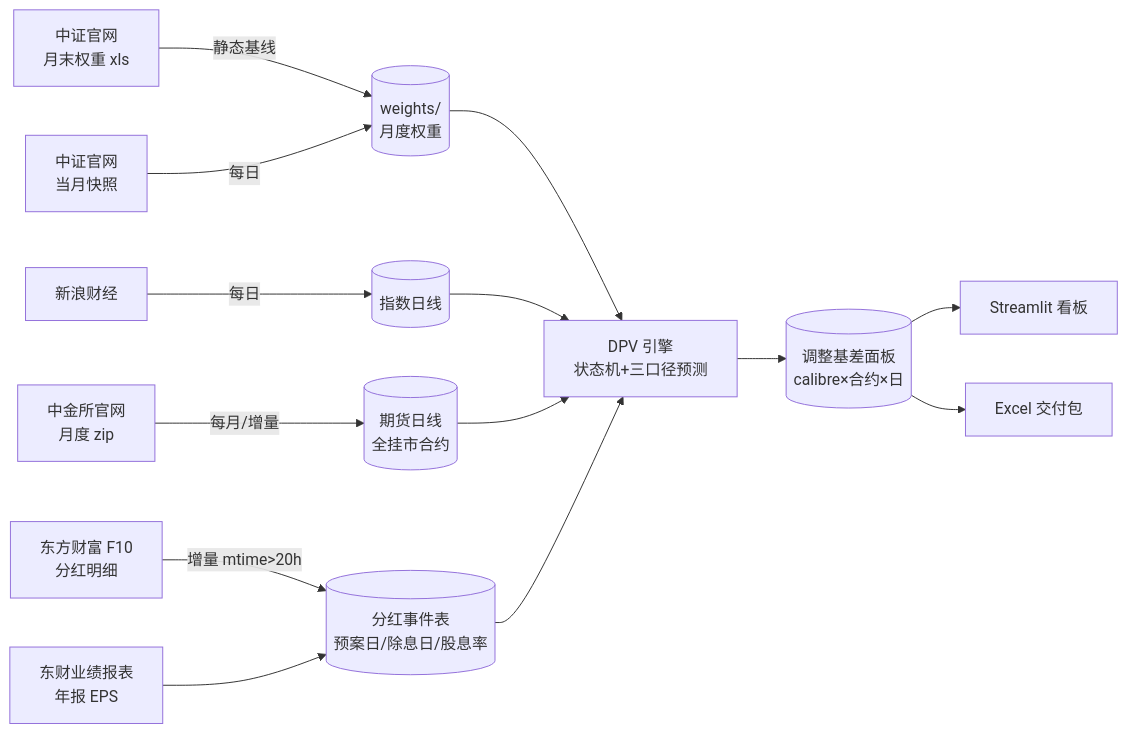
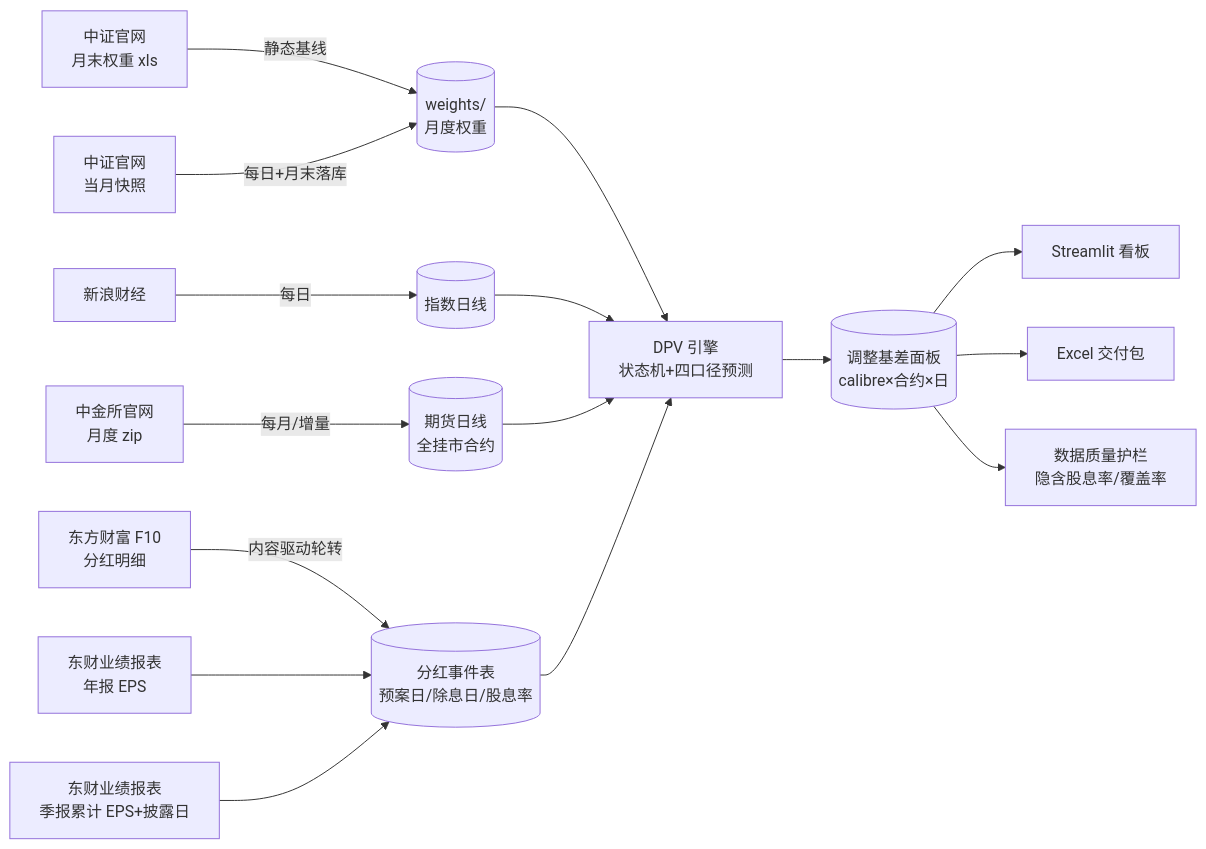
Before and after one commit to iniestao/index-futures-basis: the first of 2 diagrams in docs/METHODOLOGY.md, drawn with Mermaid. The commit also changed other lines of this file and 20 other files, not shown here.

````diff
--- a/docs/METHODOLOGY.md
+++ b/docs/METHODOLOGY.md
@@ -29,13 +29,15 @@
 ```mermaid
 flowchart LR
     A[中证官网<br>月末权重 xls] -->|静态基线| W[(weights/<br>月度权重)]
-    A2[中证官网<br>当月快照] -->|每日| W
+    A2[中证官网<br>当月快照] -->|每日+月末落库| W
     B[新浪财经] -->|每日| I[(指数日线)]
     C[中金所官网<br>月度 zip] -->|每月/增量| F[(期货日线<br>全挂市合约)]
-    D[东方财富 F10<br>分红明细] -->|增量 mtime>20h| E[(分红事件表<br>预案日/除息日/股息率)]
+    D[东方财富 F10<br>分红明细] -->|内容驱动轮转| E[(分红事件表<br>预案日/除息日/股息率)]
     E2[东财业绩报表<br>年报 EPS] --> E
-    W & I & F & E --> G[DPV 引擎<br>状态机+三口径预测]
+    E3[东财业绩报表<br>季报累计 EPS+披露日] --> E
+    W & I & F & E --> G[DPV 引擎<br>状态机+四口径预测]
     G --> H[(调整基差面板<br>calibre×合约×日)]
     H --> S[Streamlit 看板]
     H --> X[Excel 交付包]
+    H --> Q[数据质量护栏<br>隐含股息率/覆盖率]
 ```
````
